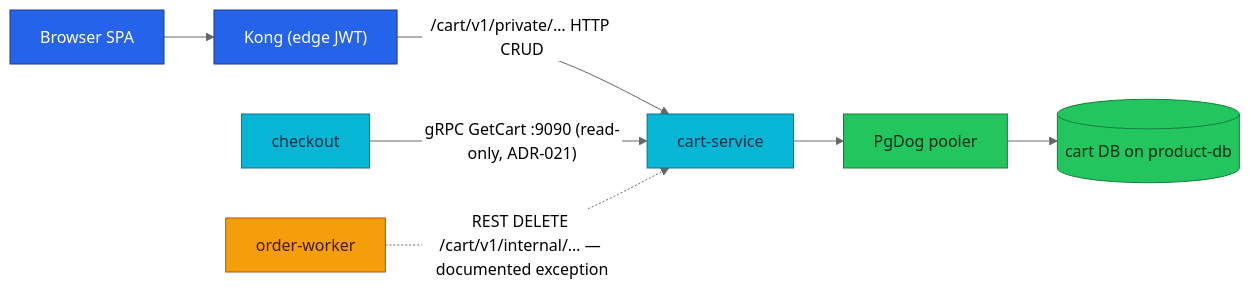
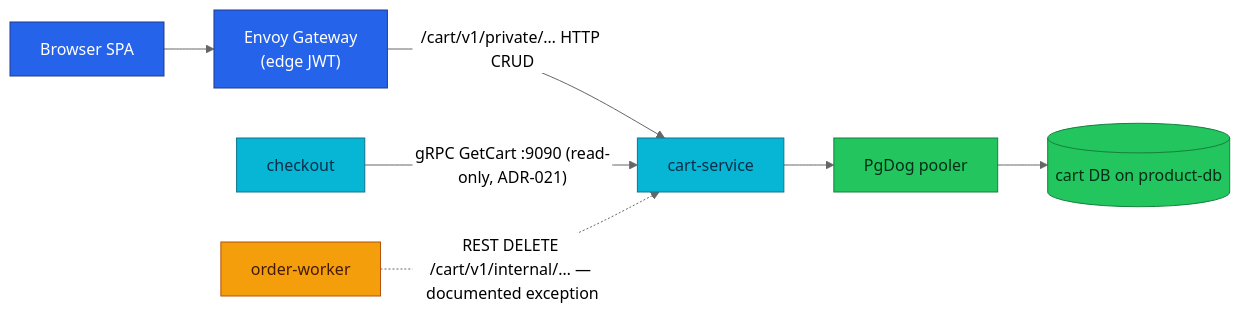
Before and after one commit to duynhlab/homelab: the diagram in docs/api/cart.md, drawn with Mermaid (neutral theme). The commit also changed other lines of this file and 28 other files, not shown here.

````diff
--- a/docs/api/cart.md
+++ b/docs/api/cart.md
@@ -58,17 +58,17 @@
 ```mermaid
 flowchart LR
-    SPA["Browser SPA"] --> Kong["Kong (edge JWT)"]
-    Kong -->|"/cart/v1/private/… HTTP CRUD"| Cart["cart-service"]
+    SPA["Browser SPA"] --> Edge["Envoy Gateway<br/>(edge JWT)"]
+    Edge -->|"/cart/v1/private/… HTTP CRUD"| Cart["cart-service"]
     CK["checkout"] -->|"gRPC GetCart :9090 (read-only, ADR-021)"| Cart
     W["order-worker"] -.->|"REST DELETE /cart/v1/internal/… — documented exception"| Cart
     Cart --> PGD["PgDog pooler"] --> DB[("cart DB on product-db")]
 
     classDef edge fill:#2563eb,color:#fff,stroke:#1e3a8a;
     classDef service fill:#06b6d4,color:#082f49,stroke:#0e7490;
     classDef worker fill:#f59e0b,color:#451a03,stroke:#b45309;
     classDef data fill:#22c55e,color:#052e16,stroke:#15803d;
-    class SPA,Kong edge;
+    class SPA,Edge edge;
     class Cart,CK service;
     class W worker;
     class PGD,DB data;
 ```
````
